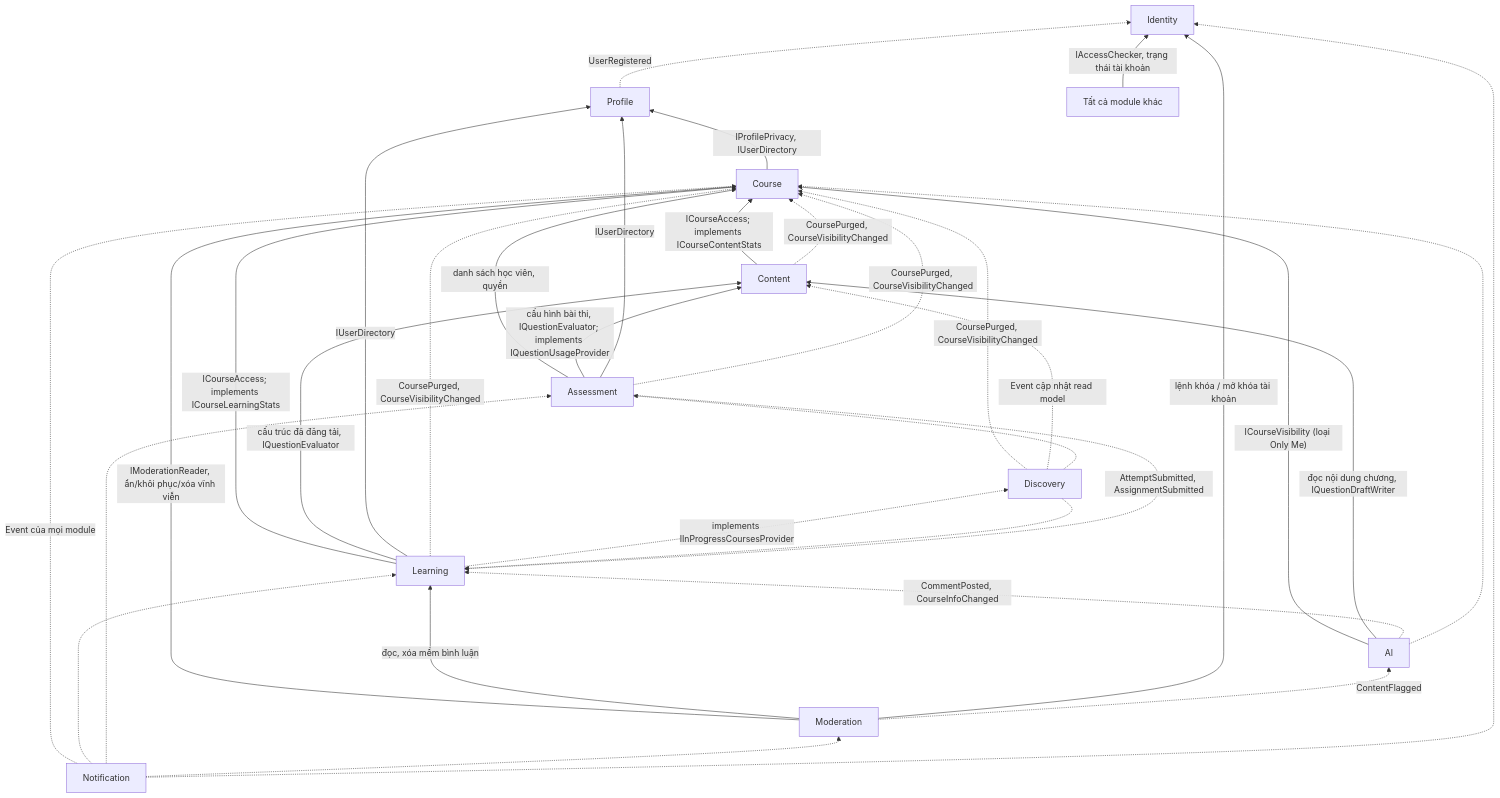
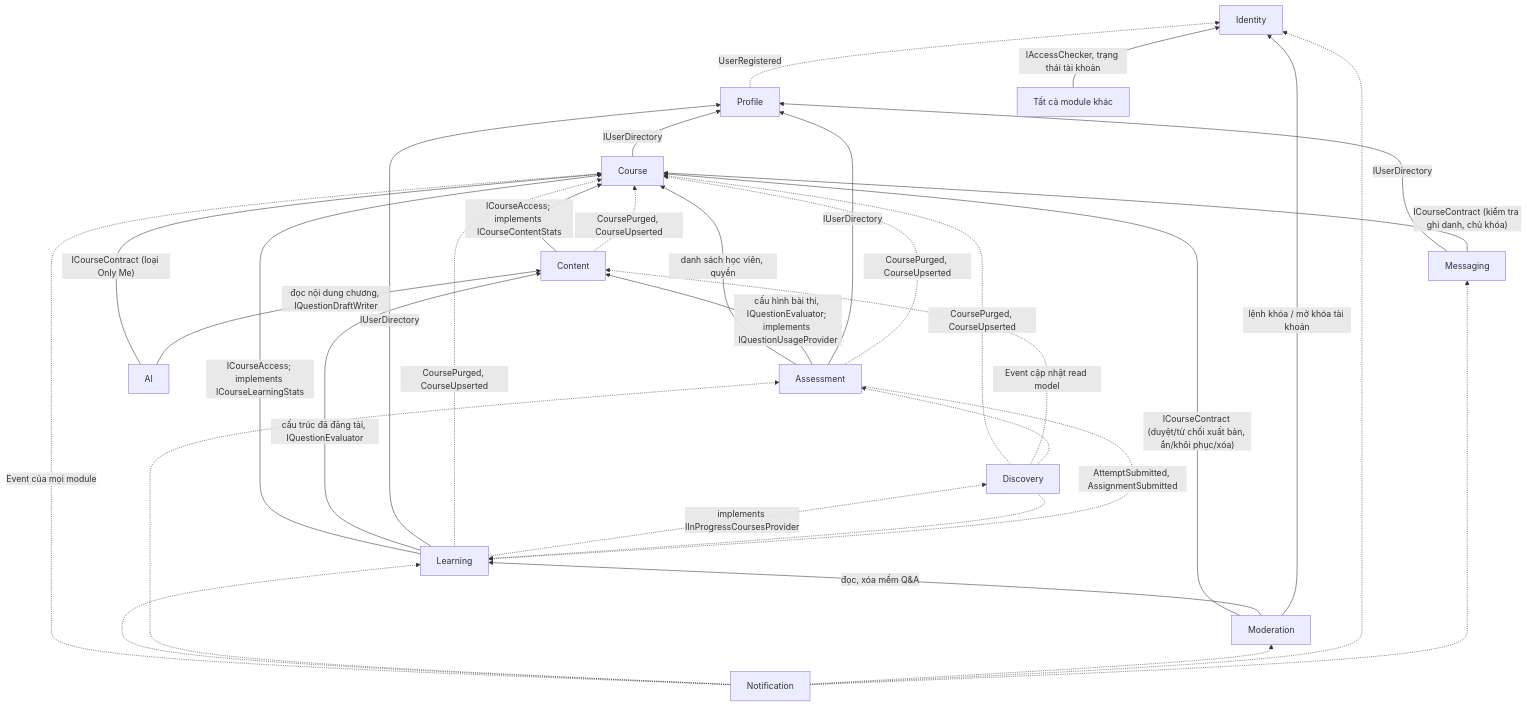
The second of 3 diagrams in docs/spec/KIEN_TRUC_HE_THONG.md (buithienbao2402/BrainMemo-ModularMonolith), drawn with Mermaid before and after one commit. The commit also changed other lines of this file and 112 other files, not shown here.

````diff
--- a/docs/spec/KIEN_TRUC_HE_THONG.md
+++ b/docs/spec/KIEN_TRUC_HE_THONG.md
@@ -94,47 +88,48 @@
 ```mermaid
 flowchart BT
     Identity["Identity"]
     Profile["Profile"]
     Course["Course"]
     Content["Content"]
     Learning["Learning"]
     Assessment["Assessment"]
     AI["AI"]
     Moderation["Moderation"]
     Notification["Notification"]
     Discovery["Discovery"]
+    Messaging["Messaging"]
     AllMods["Tất cả module khác"]
 
     AllMods -->|"IAccessChecker, trạng thái tài khoản"| Identity
     Profile -.->|"UserRegistered"| Identity
 
-    Course -->|"IProfilePrivacy, IUserDirectory"| Profile
+    Course -->|"IUserDirectory"| Profile
     Content -->|"ICourseAccess; implements ICourseContentStats"| Course
     Learning -->|"ICourseAccess; implements ICourseLearningStats"| Course
     Learning -->|"cấu trúc đã đăng tải, IQuestionEvaluator"| Content
     Assessment -->|"danh sách học viên, quyền"| Course
     Assessment -->|"cấu hình bài thi, IQuestionEvaluator; implements IQuestionUsageProvider"| Content
-    Learning & Assessment -->|"IUserDirectory"| Profile
+    Learning & Assessment & Messaging -->|"IUserDirectory"| Profile
     Assessment -.->|"AttemptSubmitted, AssignmentSubmitted"| Learning
 
-    AI -->|"ICourseVisibility (loại Only Me)"| Course
+    Messaging -->|"ICourseContract (kiểm tra ghi danh, chủ khóa)"| Course
+
+    AI -->|"ICourseContract (loại Only Me)"| Course
     AI -->|"đọc nội dung chương, IQuestionDraftWriter"| Content
-    AI -.->|"CommentPosted, CourseInfoChanged"| Learning
-    AI -.-> Course
 
-    Moderation -->|"IModerationReader, ẩn/khôi phục/xóa vĩnh viễn"| Course
-    Moderation -->|"đọc, xóa mềm bình luận"| Learning
+    Moderation -->|"ICourseContract (duyệt/từ chối xuất bản, ẩn/khôi phục/xóa)"| Course
+    Moderation -->|"đọc, xóa mềm Q&A"| Learning
     Moderation -->|"lệnh khóa / mở khóa tài khoản"| Identity
-    Moderation -.->|"ContentFlagged"| AI
 
-    Content & Learning & Assessment & Discovery -.->|"CoursePurged, CourseVisibilityChanged"| Course
+    Content & Learning & Assessment & Discovery -.->|"CoursePurged, CourseUpserted"| Course
     Notification -.->|"Event của mọi module"| Course
     Notification -.-> Learning
     Notification -.-> Assessment
     Notification -.-> Moderation
     Notification -.-> Identity
+    Notification -.-> Messaging
     Discovery -.->|"Event cập nhật read model"| Content
     Discovery -.-> Learning
     Discovery -.-> Assessment
     Learning -.->|"implements IInProgressCoursesProvider"| Discovery
 ```
````
